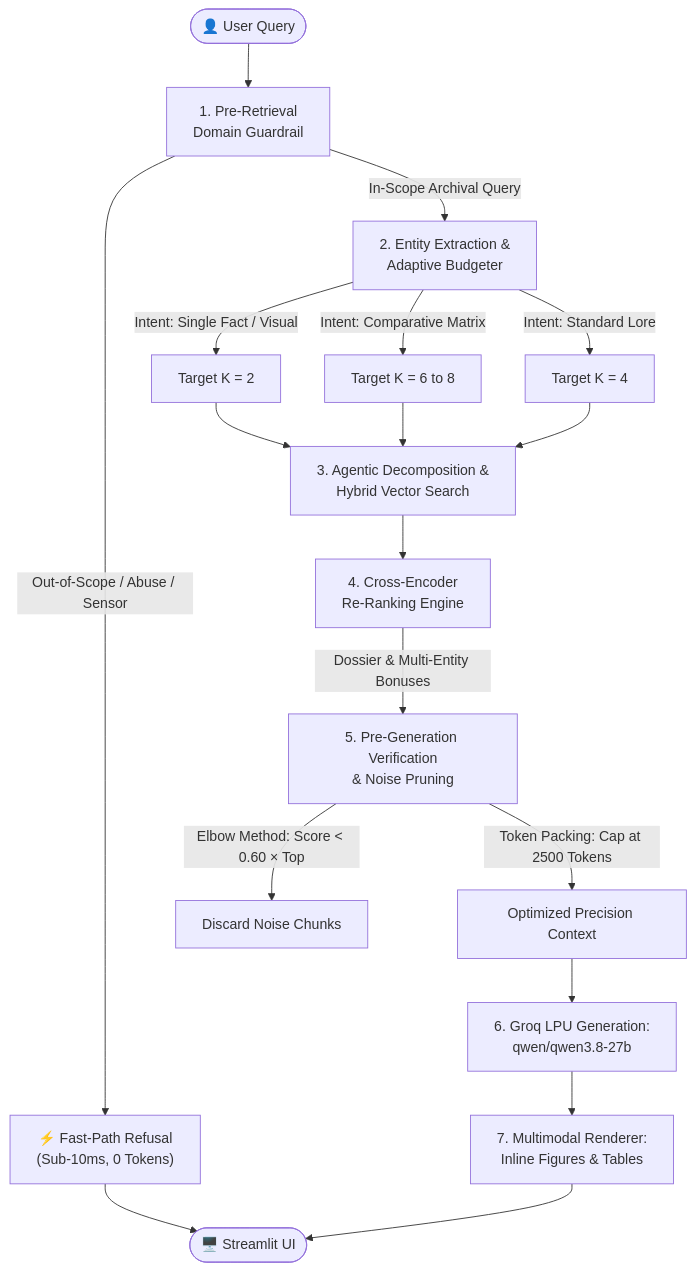
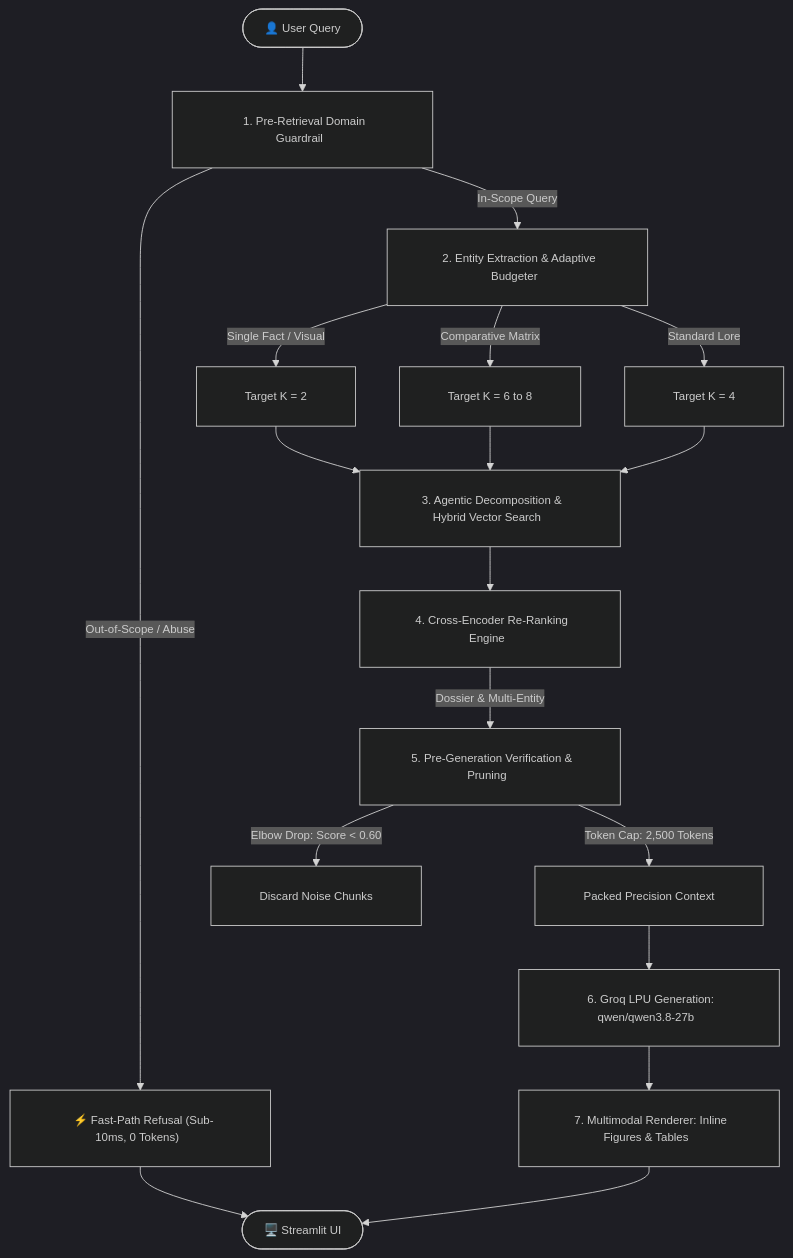
One commit to IT25101463/DeepThink changed the diagram in README.md. Above: the diagram before and after it, drawn with Mermaid. The commit also changed 1 other file, not shown here.

Commit message:
fix(docs): add Mermaid box padding and non-breaking buffers to eliminate SVG font clipping

````diff
--- a/README.md
+++ b/README.md
@@ -58,27 +58,28 @@
 ```mermaid
+%%{init: {'theme': 'dark', 'themeVariables': { 'fontSize': '13px' }, 'flowchart': { 'padding': 24, 'curve': 'basis' }}}%%
 flowchart TD
-    User(["👤 User Query"]) --> S1["1. Pre-Retrieval<br/>Domain Guardrail"]
+    User(["&nbsp; 👤 User Query &nbsp;"]) --> S1["&nbsp; 1. Pre-Retrieval Domain Guardrail &nbsp;"]
 
-    S1 -->|"Out-of-Scope / Abuse / Sensor"| FastPath["⚡ Fast-Path Refusal<br/>(Sub-10ms, 0 Tokens)"]
-    FastPath --> UI(["🖥️ Streamlit UI"])
+    S1 -->|"Out-of-Scope / Abuse"| FastPath["&nbsp; ⚡ Fast-Path Refusal (Sub-10ms, 0 Tokens) &nbsp;"]
+    FastPath --> UI(["&nbsp; 🖥️ Streamlit UI &nbsp;"])
 
-    S1 -->|"In-Scope Archival Query"| S2["2. Entity Extraction &<br/>Adaptive Budgeter"]
+    S1 -->|"In-Scope Query"| S2["&nbsp; 2. Entity Extraction & Adaptive Budgeter &nbsp;"]
 
-    S2 -->|"Intent: Single Fact / Visual"| K2["Target K = 2"]
-    S2 -->|"Intent: Comparative Matrix"| K6["Target K = 6 to 8"]
-    S2 -->|"Intent: Standard Lore"| K4["Target K = 4"]
+    S2 -->|"Single Fact / Visual"| K2["&nbsp; Target K = 2 &nbsp;"]
+    S2 -->|"Comparative Matrix"| K6["&nbsp; Target K = 6 to 8 &nbsp;"]
+    S2 -->|"Standard Lore"| K4["&nbsp; Target K = 4 &nbsp;"]
 
-    K2 & K6 & K4 --> S3["3. Agentic Decomposition &<br/>Hybrid Vector Search"]
+    K2 & K6 & K4 --> S3["&nbsp; 3. Agentic Decomposition & Hybrid Vector Search &nbsp;"]
 
-    S3 --> S4["4. Cross-Encoder<br/>Re-Ranking Engine"]
+    S3 --> S4["&nbsp; 4. Cross-Encoder Re-Ranking Engine &nbsp;"]
 
-    S4 -->|"Dossier & Multi-Entity Bonuses"| S5["5. Pre-Generation Verification<br/>& Noise Pruning"]
+    S4 -->|"Dossier & Multi-Entity"| S5["&nbsp; 5. Pre-Generation Verification & Pruning &nbsp;"]
 
-    S5 -->|"Elbow Method: Score &lt; 0.60 × Top"| DropTrailing["Discard Noise Chunks"]
-    S5 -->|"Token Packing: Cap at 2500 Tokens"| PackContext["Optimized Precision Context"]
+    S5 -->|"Elbow Drop: Score &lt; 0.60"| DropTrailing["&nbsp; Discard Noise Chunks &nbsp;"]
+    S5 -->|"Token Cap: 2,500 Tokens"| PackContext["&nbsp; Packed Precision Context &nbsp;"]
 
-    PackContext --> S6["6. Groq LPU Generation:<br/>qwen/qwen3.8-27b"]
+    PackContext --> S6["&nbsp; 6. Groq LPU Generation: qwen/qwen3.8-27b &nbsp;"]
 
-    S6 --> S7["7. Multimodal Renderer:<br/>Inline Figures & Tables"]
+    S6 --> S7["&nbsp; 7. Multimodal Renderer: Inline Figures & Tables &nbsp;"]
     S7 --> UI
 ```
````
